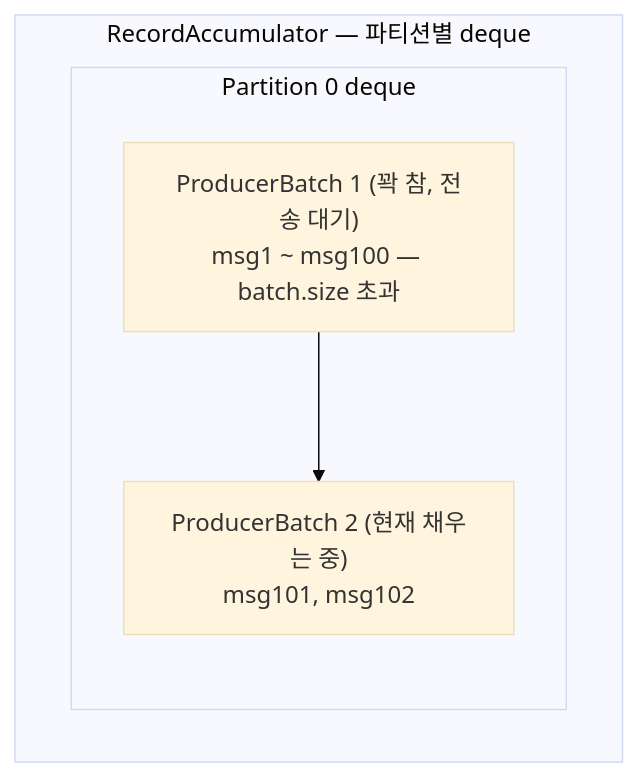
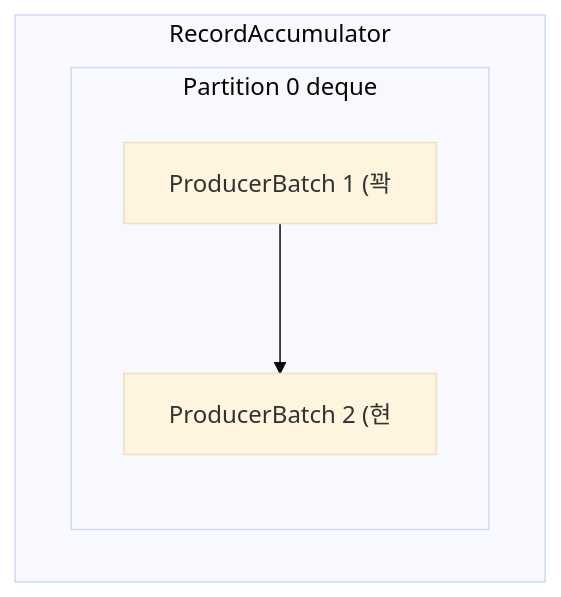
Before and after one commit to yjkim2015/yjkim2015.github.io: the second of 21 diagrams in _posts/kafka/2026-05-01-kafka-internals.md, drawn with Mermaid (base theme). The commit also changed other lines of this file and 271 other files, not shown here.

First line of the commit message:
Mermaid 라벨 축소: 긴 노드 텍스트 18자 이하로 트림 + \n 제거

````diff
--- a/_posts/kafka/2026-05-01-kafka-internals.md
+++ b/_posts/kafka/2026-05-01-kafka-internals.md
@@ -30,10 +30,10 @@
 ```mermaid
 graph TD
-    subgraph acc["RecordAccumulator — 파티션별 deque"]
+    subgraph acc["RecordAccumulator"]
         subgraph p0["Partition 0 deque"]
-            B1["ProducerBatch 1 (꽉 참, 전송 대기)\nmsg1 ~ msg100 — batch.size 초과"]
-            B2["ProducerBatch 2 (현재 채우는 중)\nmsg101, msg102"]
+            B1["ProducerBatch 1 (꽉"]
+            B2["ProducerBatch 2 (현"]
             B1 --> B2
         end
     end
 ```
````
